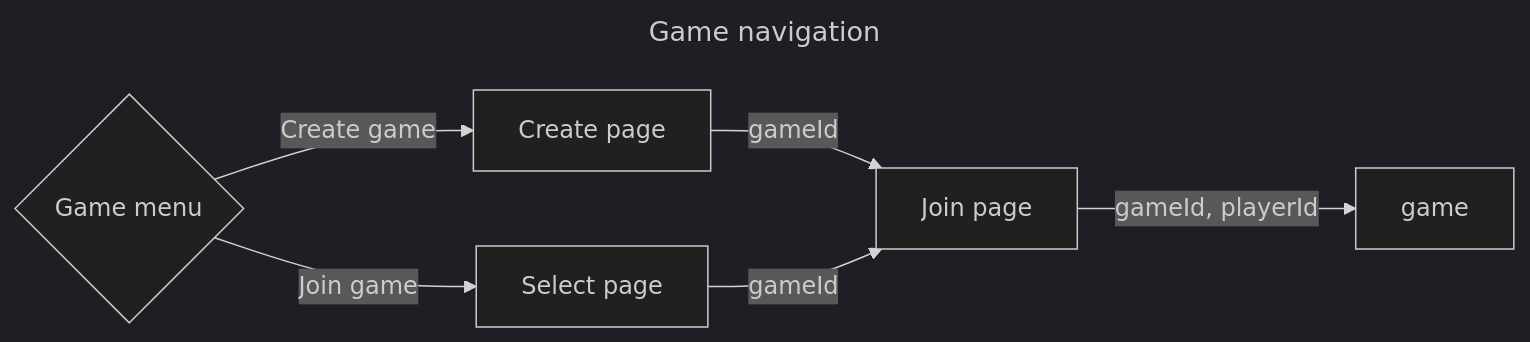
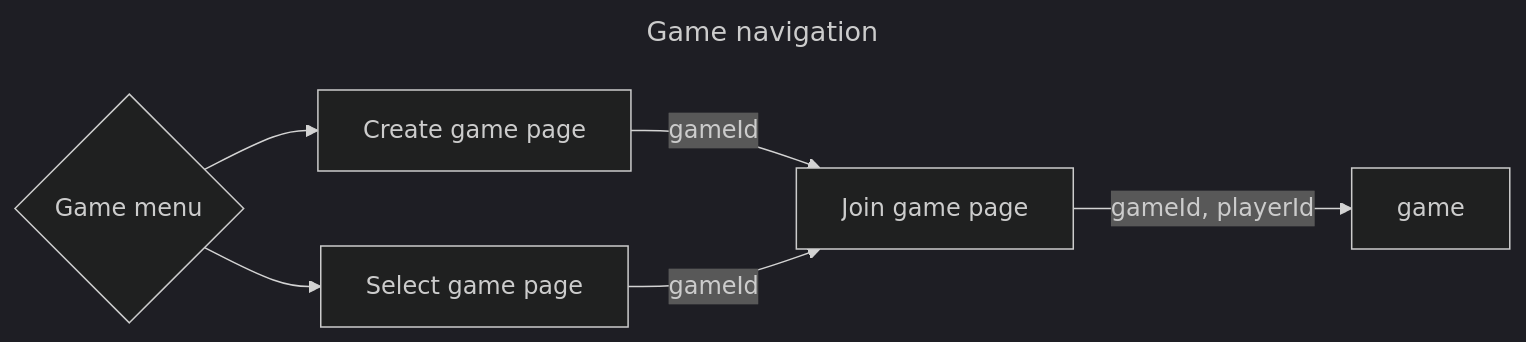
The first of 2 diagrams in README.md (np25071984/battleships), drawn with Mermaid (dark theme) before and after one commit. The commit also changed other lines of this file and 6 other files, not shown here.

````diff
--- a/README.md
+++ b/README.md
@@ -17,13 +15,13 @@
 ```mermaid
 ---
 title: Game navigation
 ---
 flowchart LR
-    menu{Game menu} -->|Create game| create[Create page]
-    menu{Game menu} -->|Join game| select[Select page]
+    menu{Game menu} --> create[Create game page]
+    menu{Game menu} --> select[Select game page]
     create -->|gameId| join
     select -->|gameId| join
-    join[Join page]
+    join[Join game page]
     join -->|gameId, playerId| game
 
 ```
````
